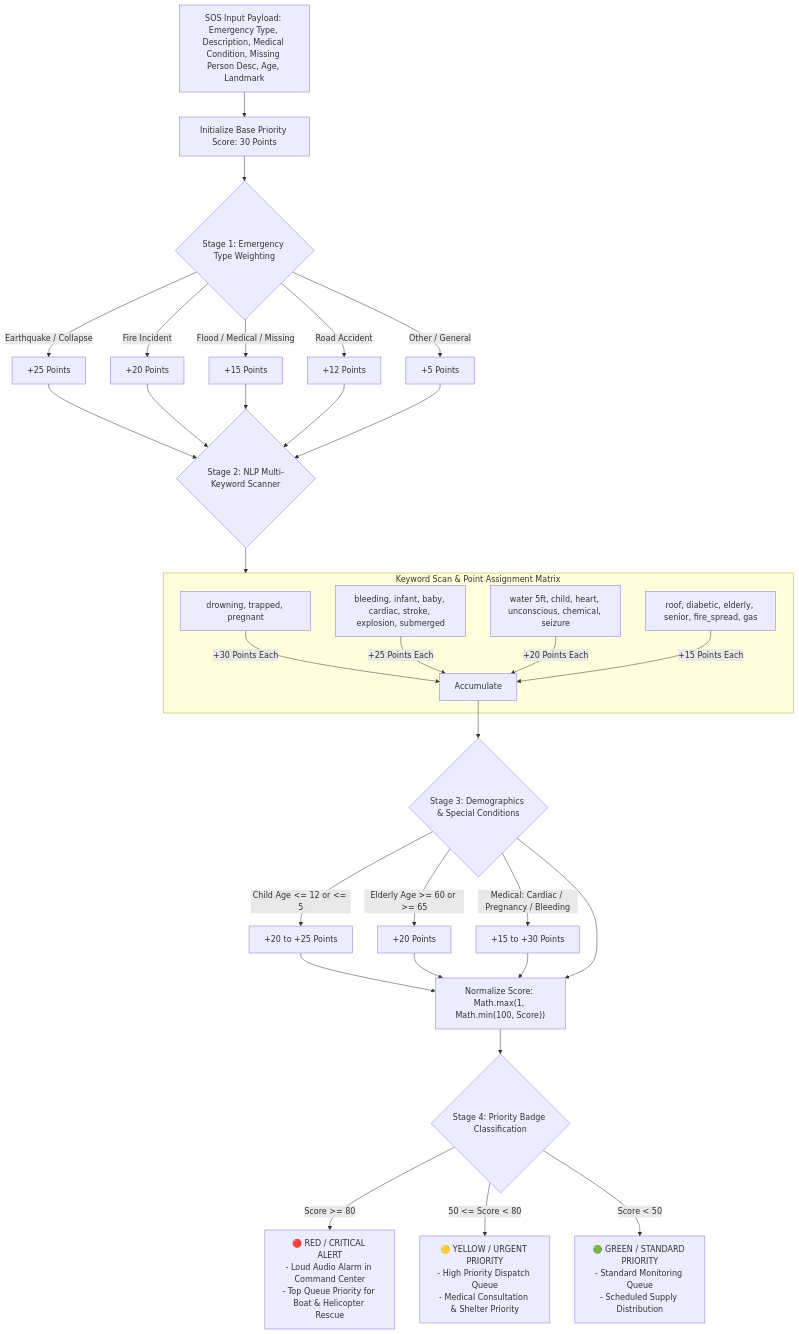
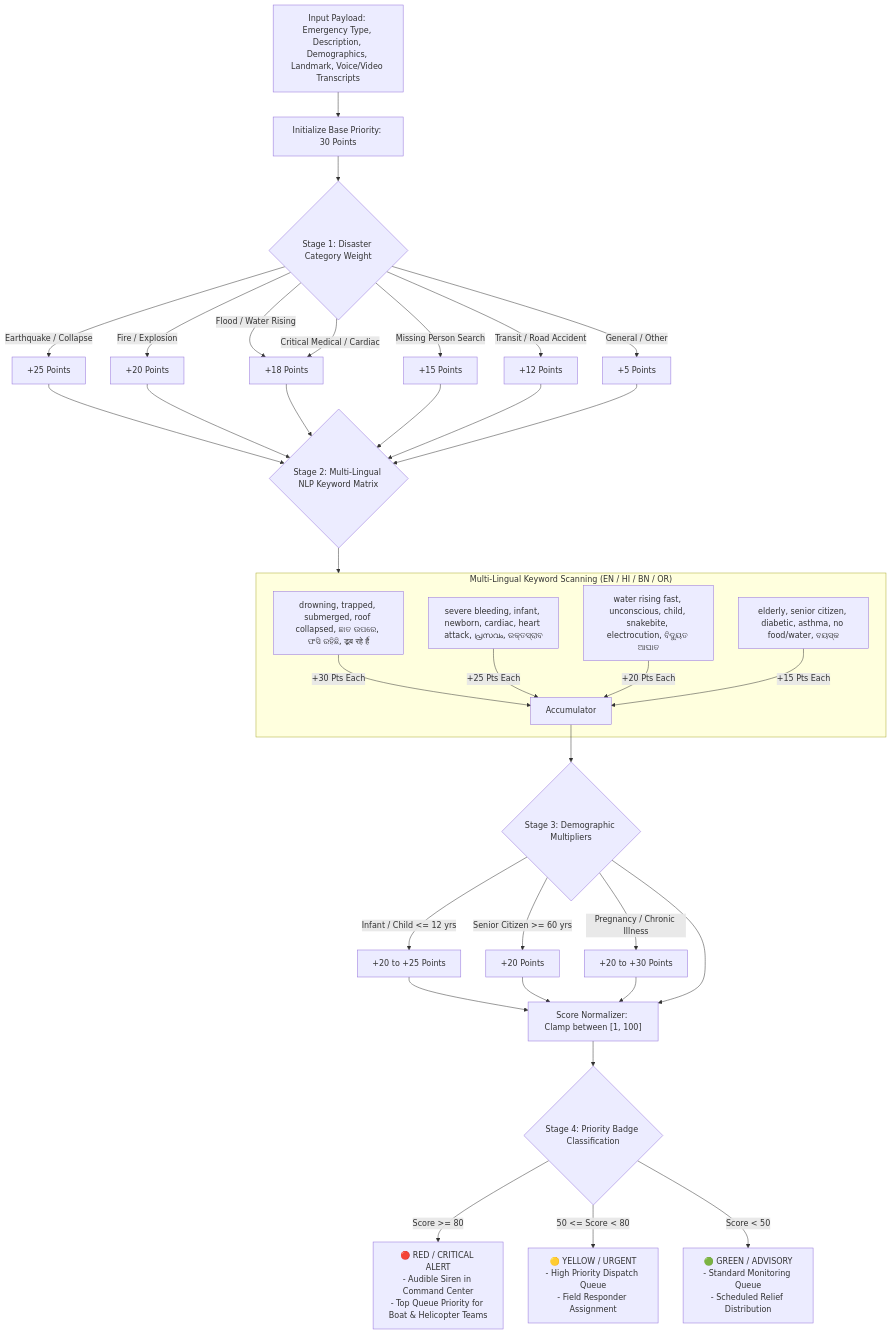
Before and after one commit to MrinallSamal-byte/SIH: the third of 7 diagrams in README.md, drawn with Mermaid. The commit also changed other lines of this file, not shown here.

Commit message:
docs: update README.md with comprehensive feature matrix and accurate system flow diagrams

````diff
--- a/README.md
+++ b/README.md
@@ -103,35 +123,36 @@
 ```mermaid
 flowchart TD
-    InputData["SOS Input Payload: Emergency Type, Description, Medical Condition, Missing Person Desc, Age, Landmark"] --> InitScore["Initialize Base Priority Score: 30 Points"]
+    Input["Input Payload: Emergency Type, Description, Demographics, Landmark, Voice/Video Transcripts"] --> BaseScore["Initialize Base Priority: 30 Points"]
 
-    InitScore --> Stage1{"Stage 1: Emergency Type Weighting"}
-    Stage1 -->|Earthquake / Collapse| +25pts["+25 Points"]
-    Stage1 -->|Fire Incident| +20pts["+20 Points"]
-    Stage1 -->|Flood / Medical / Missing| +15pts["+15 Points"]
-    Stage1 -->|Road Accident| +12pts["+12 Points"]
-    Stage1 -->|Other / General| +5pts["+5 Points"]
+    BaseScore --> TypeWeight{"Stage 1: Disaster Category Weight"}
+    TypeWeight -->|Earthquake / Collapse| +25pts["+25 Points"]
+    TypeWeight -->|Fire / Explosion| +20pts["+20 Points"]
+    TypeWeight -->|Flood / Water Rising| +18pts["+18 Points"]
+    TypeWeight -->|Critical Medical / Cardiac| +18pts["+18 Points"]
+    TypeWeight -->|Missing Person Search| +15pts["+15 Points"]
+    TypeWeight -->|Transit / Road Accident| +12pts["+12 Points"]
+    TypeWeight -->|General / Other| +5pts["+5 Points"]
 
-    +25pts & +20pts & +15pts & +12pts & +5pts --> Stage2{"Stage 2: NLP Multi-Keyword Scanner"}
-    
-    subgraph KeywordMatrix["Keyword Scan & Point Assignment Matrix"]
-        K1["drowning, trapped, pregnant"] -->|+30 Points Each| Accumulate
-        K2["bleeding, infant, baby, cardiac, stroke, explosion, submerged"] -->|+25 Points Each| Accumulate
-        K3["water 5ft, child, heart, unconscious, chemical, seizure"] -->|+20 Points Each| Accumulate
-        K4["roof, diabetic, elderly, senior, fire_spread, gas"] -->|+15 Points Each| Accumulate
+    +25pts & +20pts & +18pts & +15pts & +12pts & +5pts --> NLPMatrix{"Stage 2: Multi-Lingual NLP Keyword Matrix"}
+
+    subgraph Keywords["Multi-Lingual Keyword Scanning (EN / HI / BN / OR)"]
+        K1["drowning, trapped, submerged, roof collapsed, ଛାତ ଉପରେ, ଫସି ରହିଛି, डूब रहे हैं"] -->|+30 Pts Each| Acc[Accumulator]
+        K2["severe bleeding, infant, newborn, cardiac, heart attack, പ്രസവം, ରକ୍ତସ୍ରାବ"] -->|+25 Pts Each| Acc
+        K3["water rising fast, unconscious, child, snakebite, electrocution, ବିଦ୍ୟୁତ ଆଘାତ"] -->|+20 Pts Each| Acc
+        K4["elderly, senior citizen, diabetic, asthma, no food/water, ବୟସ୍କ"] -->|+15 Pts Each| Acc
     end
 
-    Stage2 --> KeywordMatrix
-    Accumulate --> Stage3{"Stage 3: Demographics & Special Conditions"}
+    NLPMatrix --> Keywords
+    Acc --> DemoCheck{"Stage 3: Demographic Multipliers"}
 
-    Stage3 -->|Child Age <= 12 or <= 5| +25Age["+20 to +25 Points"]
-    Stage3 -->|Elderly Age >= 60 or >= 65| +20Age["+20 Points"]
-    Stage3 -->|Medical: Cardiac / Pregnancy / Bleeding| +30Med["+15 to +30 Points"]
+    DemoCheck -->|Infant / Child <= 12 yrs| +Age1["+20 to +25 Points"]
+    DemoCheck -->|Senior Citizen >= 60 yrs| +Age2["+20 Points"]
+    DemoCheck -->|Pregnancy / Chronic Illness| +Med["+20 to +30 Points"]
 
-    +25Age & +20Age & +30Med & Stage3 --> BoundedCalc["Normalize Score: Math.max(1, Math.min(100, Score))"]
+    +Age1 & +Age2 & +Med & DemoCheck --> Normalizer["Score Normalizer: Clamp between [1, 100]"]
 
-    BoundedCalc --> Classification{"Stage 4: Priority Badge Classification"}
-
-    Classification -->|Score >= 80| RED["🔴 RED / CRITICAL ALERT\n- Loud Audio Alarm in Command Center\n- Top Queue Priority for Boat & Helicopter Rescue"]
-    Classification -->|50 <= Score < 80| YELLOW["🟡 YELLOW / URGENT PRIORITY\n- High Priority Dispatch Queue\n- Medical Consultation & Shelter Priority"]
-    Classification -->|Score < 50| GREEN["🟢 GREEN / STANDARD PRIORITY\n- Standard Monitoring Queue\n- Scheduled Supply Distribution"]
+    Normalizer --> BadgeClass{"Stage 4: Priority Badge Classification"}
+    BadgeClass -->|Score >= 80| RED["🔴 RED / CRITICAL ALERT\n- Audible Siren in Command Center\n- Top Queue Priority for Boat & Helicopter Teams"]
+    BadgeClass -->|50 <= Score < 80| YELLOW["🟡 YELLOW / URGENT\n- High Priority Dispatch Queue\n- Field Responder Assignment"]
+    BadgeClass -->|Score < 50| GREEN["🟢 GREEN / ADVISORY\n- Standard Monitoring Queue\n- Scheduled Relief Distribution"]
 ```
````
